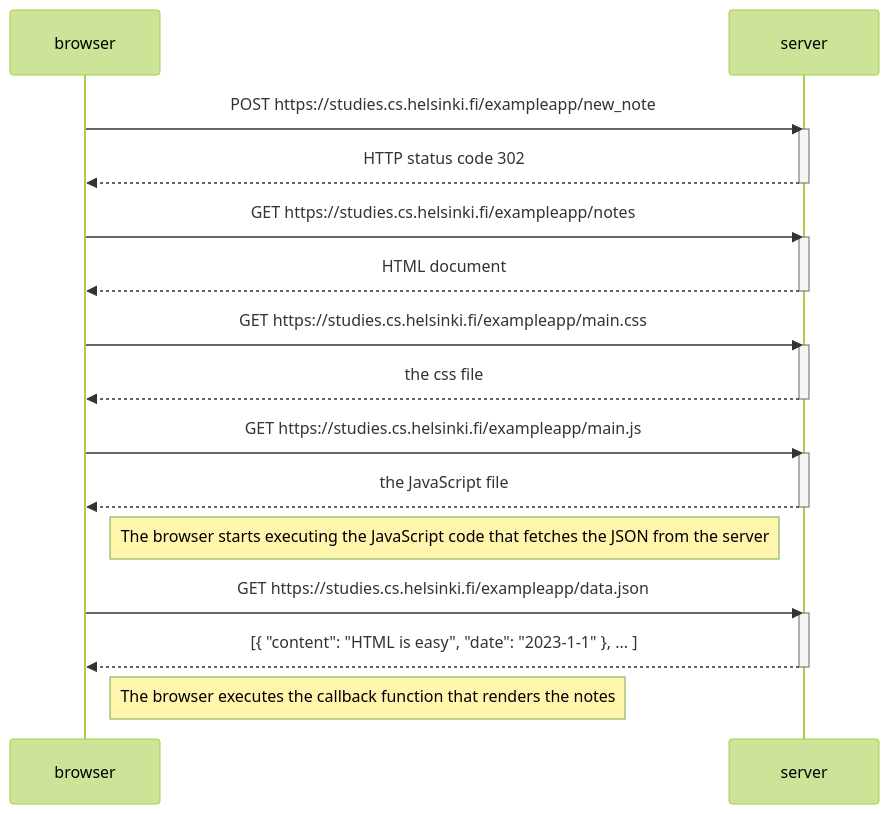
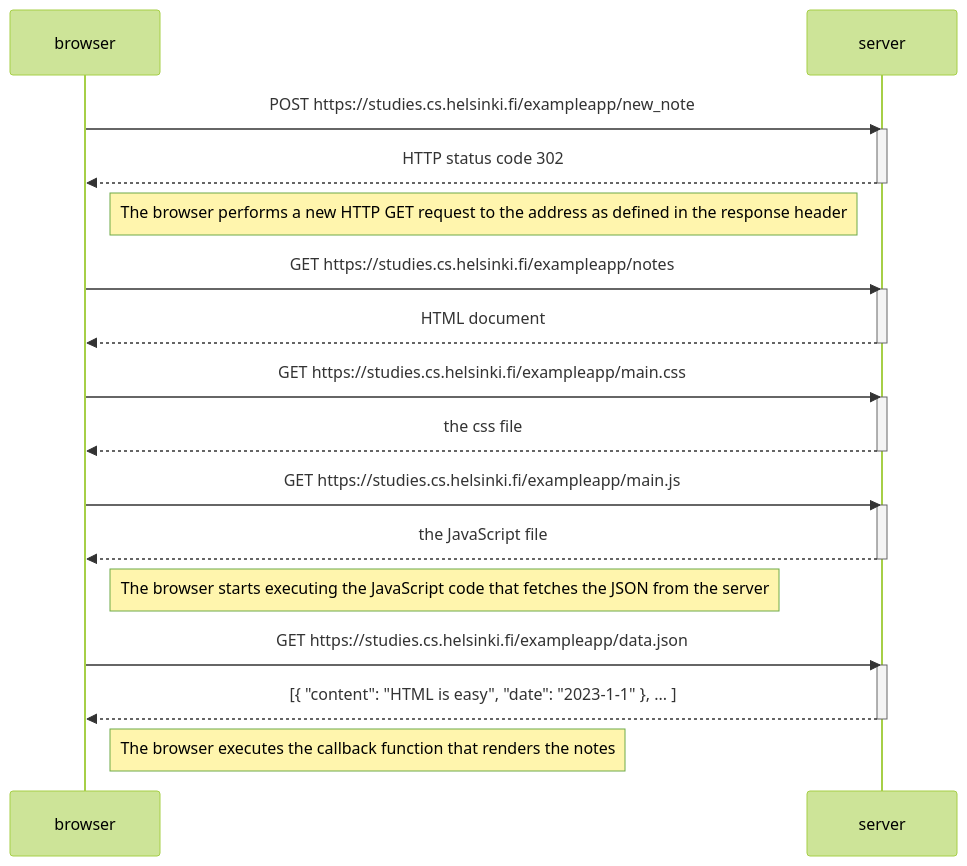
Before and after one commit to brian-oconnor/fullstackopen: the diagram in 1.md, drawn with Mermaid (forest theme).

````diff
--- a/1.md
+++ b/1.md
@@ -1,34 +1,36 @@
 ```mermaid
 sequenceDiagram
     participant browser
     participant server
 
     browser->>server: POST https://studies.cs.helsinki.fi/exampleapp/new_note
     activate server
     server-->>browser: HTTP status code 302
     deactivate server
+
+    Note right of browser: The browser performs a new HTTP GET request to the address as defined in the response header
 
     browser->>server: GET https://studies.cs.helsinki.fi/exampleapp/notes
     activate server
     server-->>browser: HTML document
     deactivate server
 
     browser->>server: GET https://studies.cs.helsinki.fi/exampleapp/main.css
     activate server
     server-->>browser: the css file
     deactivate server
 
     browser->>server: GET https://studies.cs.helsinki.fi/exampleapp/main.js
     activate server
     server-->>browser: the JavaScript file
     deactivate server
 
     Note right of browser: The browser starts executing the JavaScript code that fetches the JSON from the server
 
     browser->>server: GET https://studies.cs.helsinki.fi/exampleapp/data.json
     activate server
     server-->>browser: [{ "content": "HTML is easy", "date": "2023-1-1" }, ... ]
     deactivate server
 
     Note right of browser: The browser executes the callback function that renders the notes
 ```
````
